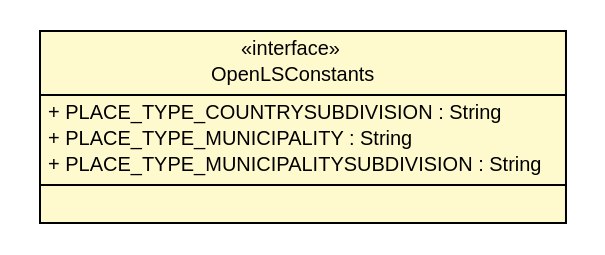
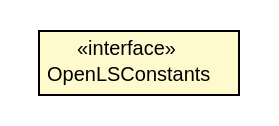
Before and after one commit to geozet/openls-databinding: the diagram in apidocs/nl/geozet/openls/databinding/openls/OpenLSConstants.dot, drawn with Graphviz. The commit also changed 186 other files, not shown here.

```diff
--- a/apidocs/nl/geozet/openls/databinding/openls/OpenLSConstants.dot
+++ b/apidocs/nl/geozet/openls/databinding/openls/OpenLSConstants.dot
@@ -1,27 +1,19 @@
 #!/usr/local/bin/dot
 #
 # Class diagram 
 # Generated by UMLGraph version R5_6-24-gf6e263 (http://www.umlgraph.org/)
 #
 
 digraph G {
 	edge [fontname="Helvetica",fontsize=10,labelfontname="Helvetica",labelfontsize=10];
 	node [fontname="Helvetica",fontsize=10,shape=plaintext];
 	nodesep=0.25;
 	ranksep=0.5;
 	// nl.geozet.openls.databinding.openls.OpenLSConstants
-	c220 [label=<<table title="nl.geozet.openls.databinding.openls.OpenLSConstants" border="0" cellborder="1" cellspacing="0" cellpadding="2" port="p" bgcolor="lemonChiffon" href="./OpenLSConstants.html">
+	c213 [label=<<table title="nl.geozet.openls.databinding.openls.OpenLSConstants" border="0" cellborder="1" cellspacing="0" cellpadding="2" port="p" bgcolor="lemonChiffon" href="./OpenLSConstants.html">
 		<tr><td><table border="0" cellspacing="0" cellpadding="1">
 <tr><td align="center" balign="center"> &#171;interface&#187; </td></tr>
 <tr><td align="center" balign="center"> OpenLSConstants </td></tr>
 		</table></td></tr>
-		<tr><td><table border="0" cellspacing="0" cellpadding="1">
-<tr><td align="left" balign="left"> + PLACE_TYPE_COUNTRYSUBDIVISION : String </td></tr>
-<tr><td align="left" balign="left"> + PLACE_TYPE_MUNICIPALITY : String </td></tr>
-<tr><td align="left" balign="left"> + PLACE_TYPE_MUNICIPALITYSUBDIVISION : String </td></tr>
-		</table></td></tr>
-		<tr><td><table border="0" cellspacing="0" cellpadding="1">
-<tr><td align="left" balign="left">  </td></tr>
-		</table></td></tr>
 		</table>>, URL="./OpenLSConstants.html", fontname="Helvetica", fontcolor="black", fontsize=10.0];
 }
```
